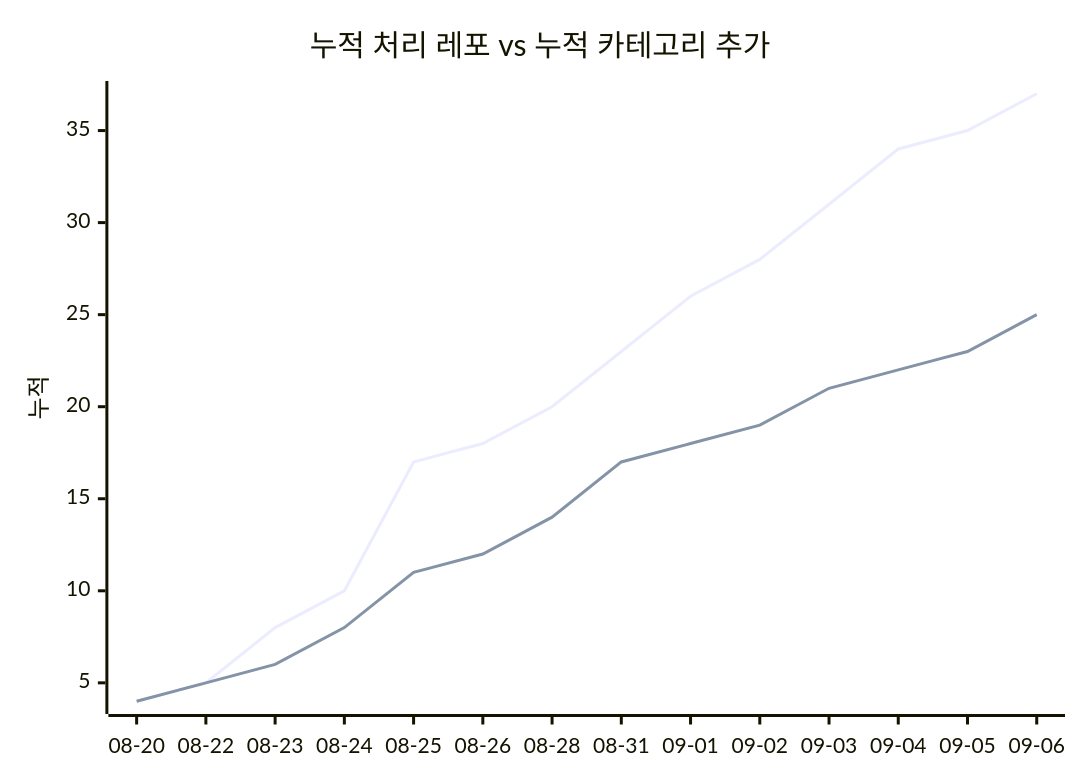
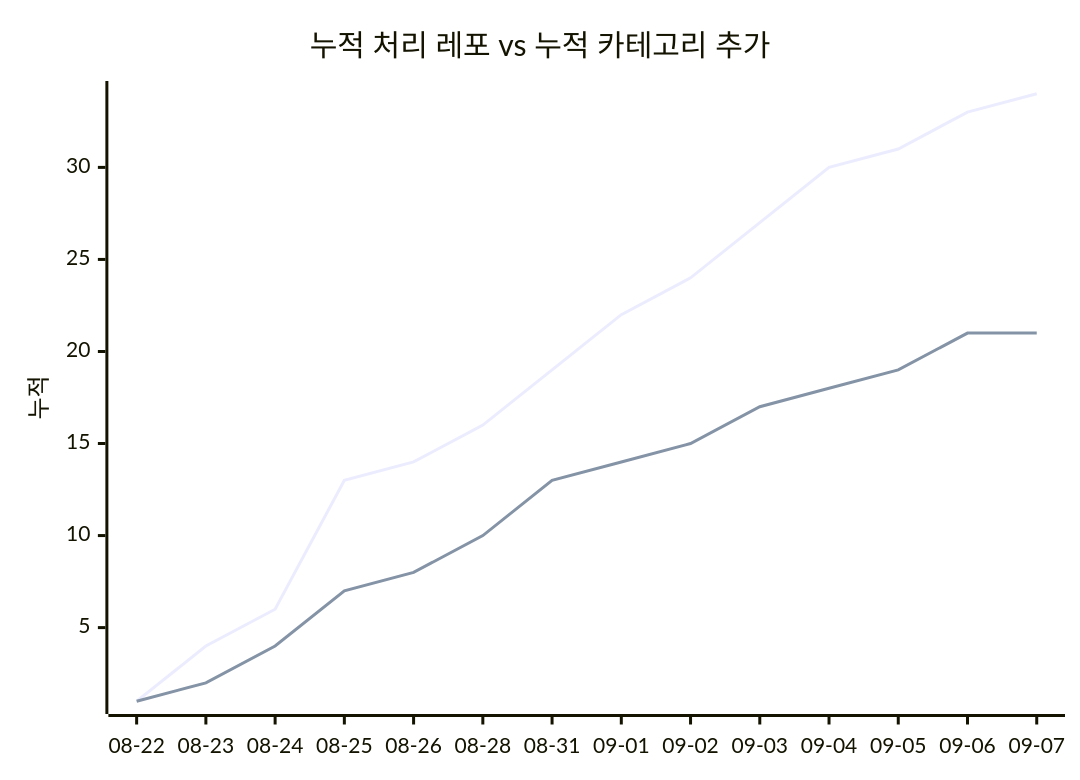
Before and after one commit to J-nowcow/awesome-korean-agent-skills: the second of 2 diagrams in docs/trends.md, drawn with Mermaid. The commit also changed other lines of this file and 2 other files, not shown here.

````diff
--- a/docs/trends.md
+++ b/docs/trends.md
@@ -68,8 +68,8 @@
 ```mermaid
 xychart-beta
     title "누적 처리 레포 vs 누적 카테고리 추가"
-    x-axis ["08-20","08-22","08-23","08-24","08-25","08-26","08-28","08-31","09-01","09-02","09-03","09-04","09-05","09-06"]
+    x-axis ["08-22","08-23","08-24","08-25","08-26","08-28","08-31","09-01","09-02","09-03","09-04","09-05","09-06","09-07"]
     y-axis "누적"
-    line [4,5,8,10,17,18,20,23,26,28,31,34,35,37]
-    line [4,5,6,8,11,12,14,17,18,19,21,22,23,25]
+    line [1,4,6,13,14,16,19,22,24,27,30,31,33,34]
+    line [1,2,4,7,8,10,13,14,15,17,18,19,21,21]
 ```
````
